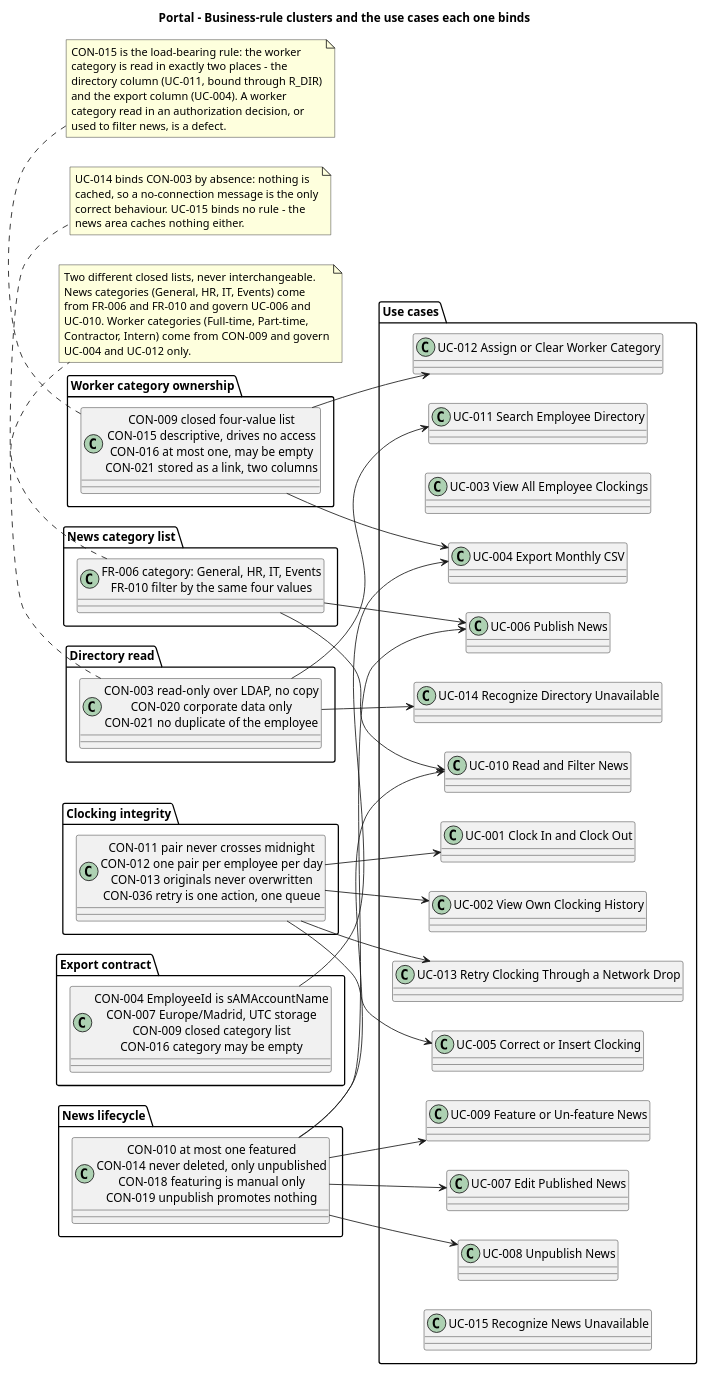
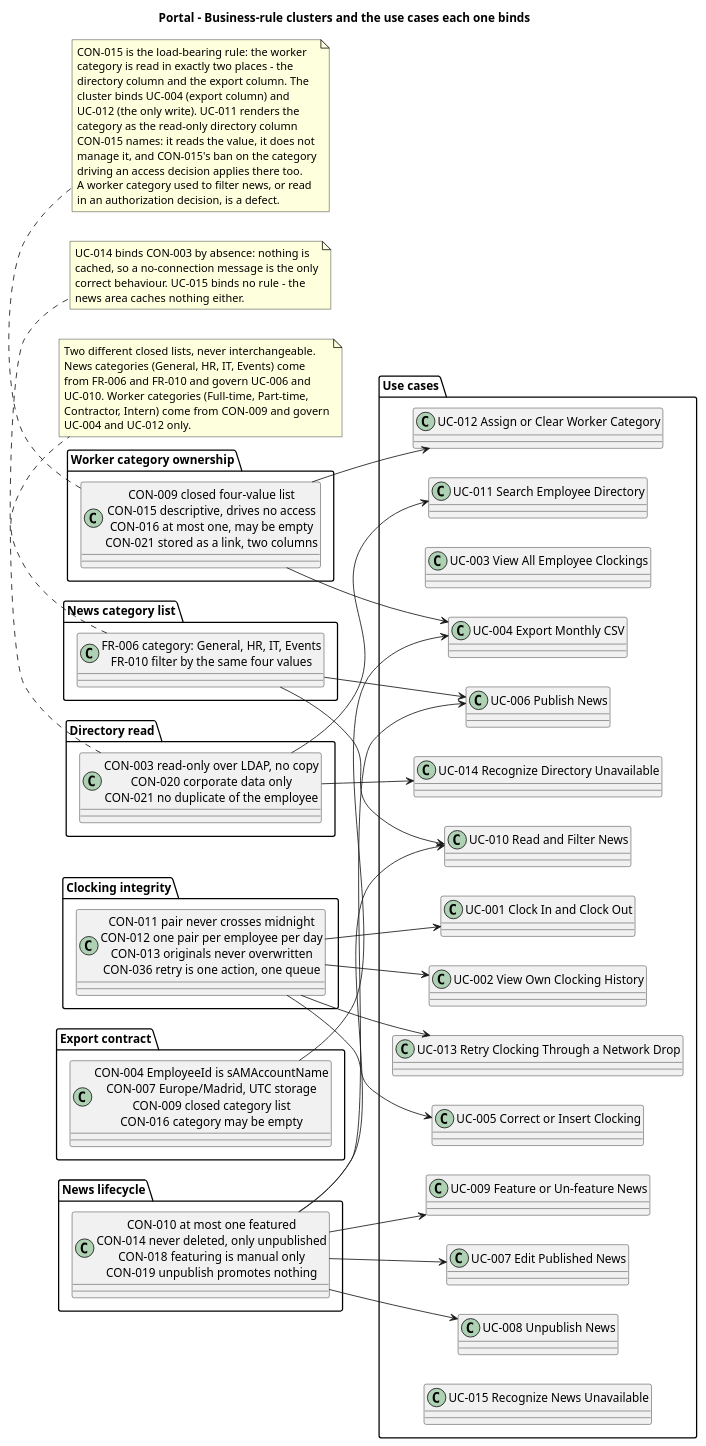
The second of 6 diagrams in docs/artifacts/requirements/use-case-model.md (banense-test/portal), drawn with PlantUML before and after one commit.

Commit message:
System Analyst [I2]: upsert Use-Case Model
[skip ci]

```diff
--- a/docs/artifacts/requirements/use-case-model.md
+++ b/docs/artifacts/requirements/use-case-model.md
@@ -217,10 +217,15 @@
 note bottom of R_CAT
   CON-015 is the load-bearing rule: the worker
   category is read in exactly two places - the
-  directory column (UC-011, bound through R_DIR)
-  and the export column (UC-004). A worker
-  category read in an authorization decision, or
-  used to filter news, is a defect.
+  directory column and the export column. The
+  cluster binds UC-004 (export column) and
+  UC-012 (the only write). UC-011 renders the
+  category as the read-only directory column
+  CON-015 names: it reads the value, it does not
+  manage it, and CON-015's ban on the category
+  driving an access decision applies there too.
+  A worker category used to filter news, or read
+  in an authorization decision, is a defect.
 end note
 
 note bottom of R_NCAT
```
